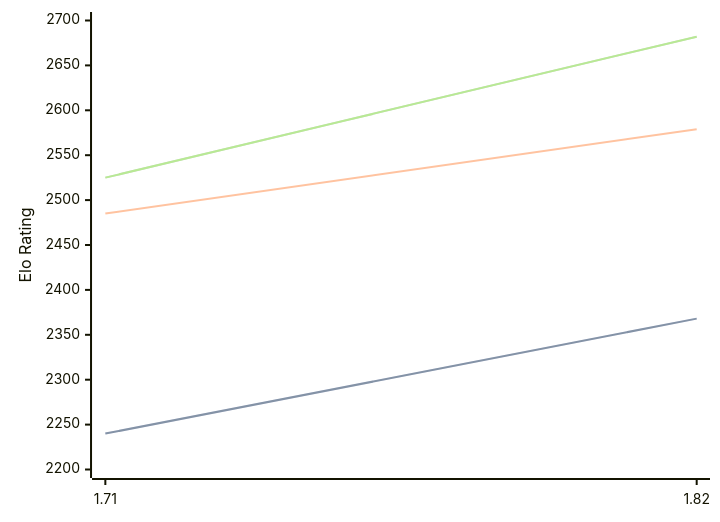
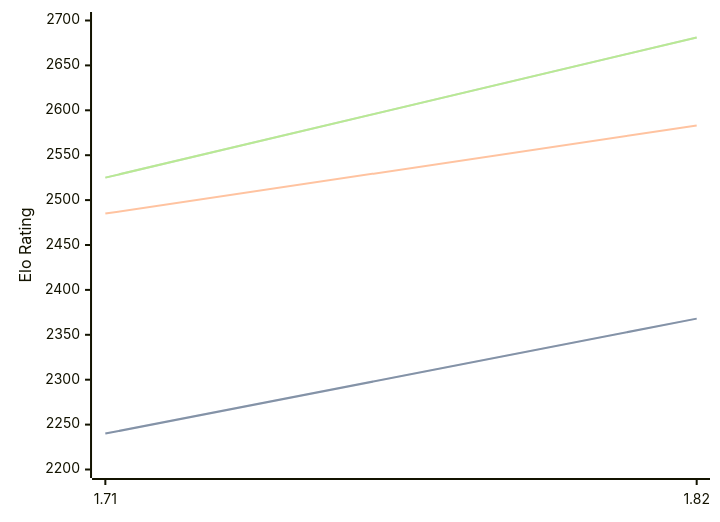
One commit to computer-chess-index/cci changed the diagram in engines/Amira.md. Above: the diagram before and after it, drawn with Mermaid. The commit also changed other lines of this file, not shown here.

Commit message:
Update CCI Ratings (ELO VLTC) - 2026-02-26

````diff
--- a/engines/Amira.md
+++ b/engines/Amira.md
@@ -33,11 +33,11 @@
 ```mermaid
 %%{init: {"theme":"base","themeVariables":{"seriesColors:['#a3a3a3','#222221','#faa371']}}}%%
 xychart-beta
   x-axis ["1.71", "1.82"]
   y-axis "Elo Rating" 2200 --> 2700
   line "STC (8.0+0.08s)" [2240, 2368]
   line "STC (8.0+0.08s)" [2240, 2368]
-  line "LTC (60.0+0.60s)" [2485, 2579]
-  line "VLTC (2m24s+1.12s)" [2525, 2682]
-  line "VLTC (2m24s+1.12s)" [2525, 2682]
+  line "LTC (60.0+0.60s)" [2485, 2583]
+  line "VLTC (2m24s+1.12s)" [2525, 2681]
+  line "VLTC (2m24s+1.12s)" [2525, 2681]
 ```
````
